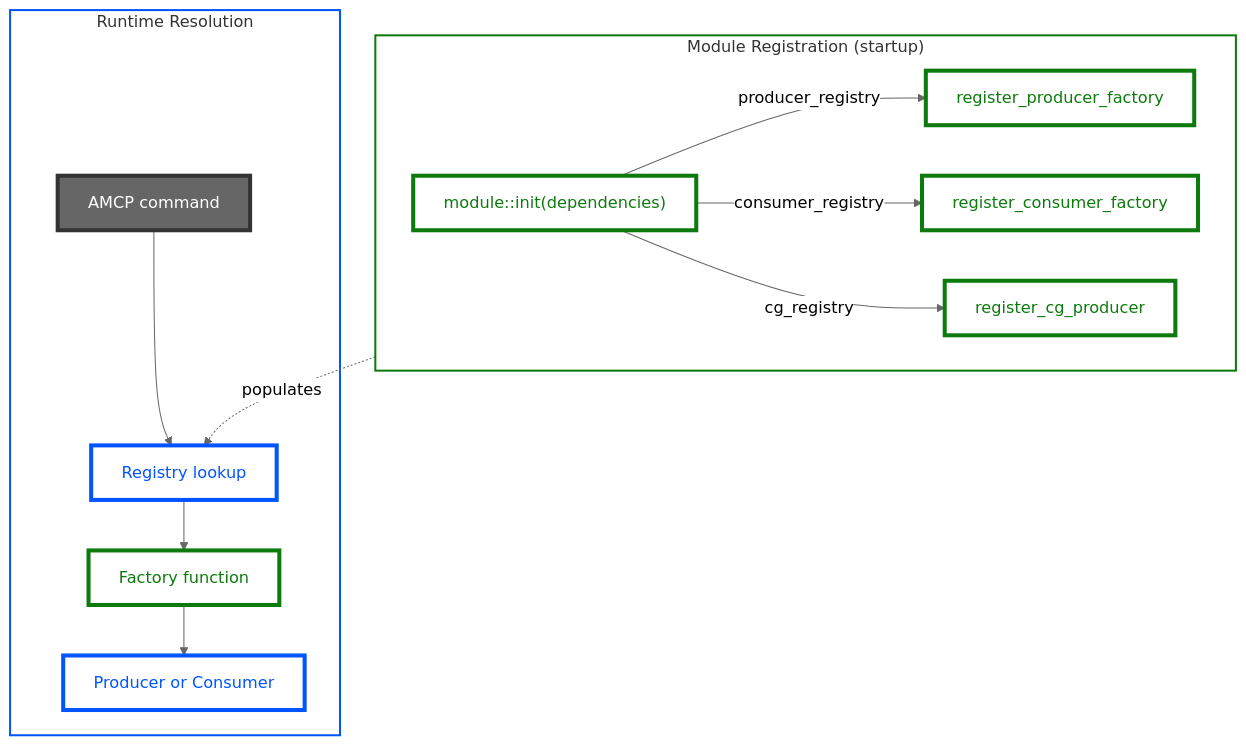
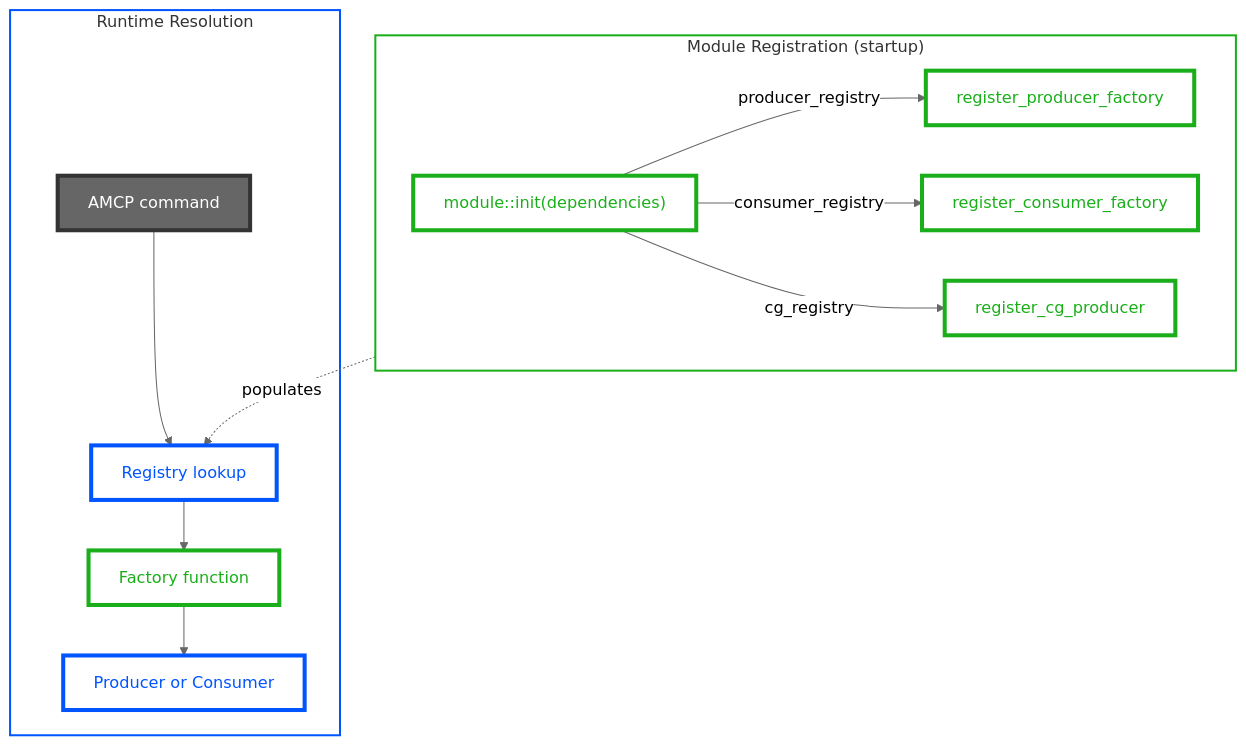
One commit to den-frie-vilje/casparCG changed the fifth of 10 diagrams in docs/architecture.md. Above: the diagram before and after it, drawn with Mermaid (neutral theme). The commit also changed other lines of this file, not shown here.

Commit message:
docs: style all sequence diagrams and OpenGL diagram

````diff
--- a/docs/architecture.md
+++ b/docs/architecture.md
@@ -305,26 +306,26 @@
 ```mermaid
 flowchart TB
     classDef coreNode fill:#FFF,color:#0055FF,stroke:#0055FF,stroke-width:4px
-    classDef moduleNode fill:#FFF,color:#0D7A0D,stroke:#0D7A0D,stroke-width:4px
+    classDef moduleNode fill:#FFF,color:#1AAF1A,stroke:#1AAF1A,stroke-width:4px
     classDef ctrlNode fill:#666,color:#FFF,stroke:#333,stroke-width:4px
-    classDef sgStartup stroke:#0D7A0D,fill:#FFF,stroke-width:2px
+    classDef sgStartup stroke:#1AAF1A,fill:#FFF,stroke-width:2px
     classDef sgRuntime stroke:#0055FF,fill:#FFF,stroke-width:2px
 
     subgraph Registration["Module Registration (startup)"]
         MOD_INIT["module::init(dependencies)"]:::moduleNode
         MOD_INIT -->|producer_registry| PR[register_producer_factory]:::moduleNode
         MOD_INIT -->|consumer_registry| CR[register_consumer_factory]:::moduleNode
         MOD_INIT -->|cg_registry| CG[register_cg_producer]:::moduleNode
     end
 
     subgraph Runtime["Runtime Resolution"]
         AMCP_CMD[AMCP command]:::ctrlNode --> RESOLVE[Registry lookup]:::coreNode
         RESOLVE --> FACTORY[Factory function]:::moduleNode
         FACTORY --> INSTANCE[Producer or Consumer]:::coreNode
     end
 
     Registration -.->|populates| RESOLVE
 
     class Registration sgStartup
     class Runtime sgRuntime
 ```
````
